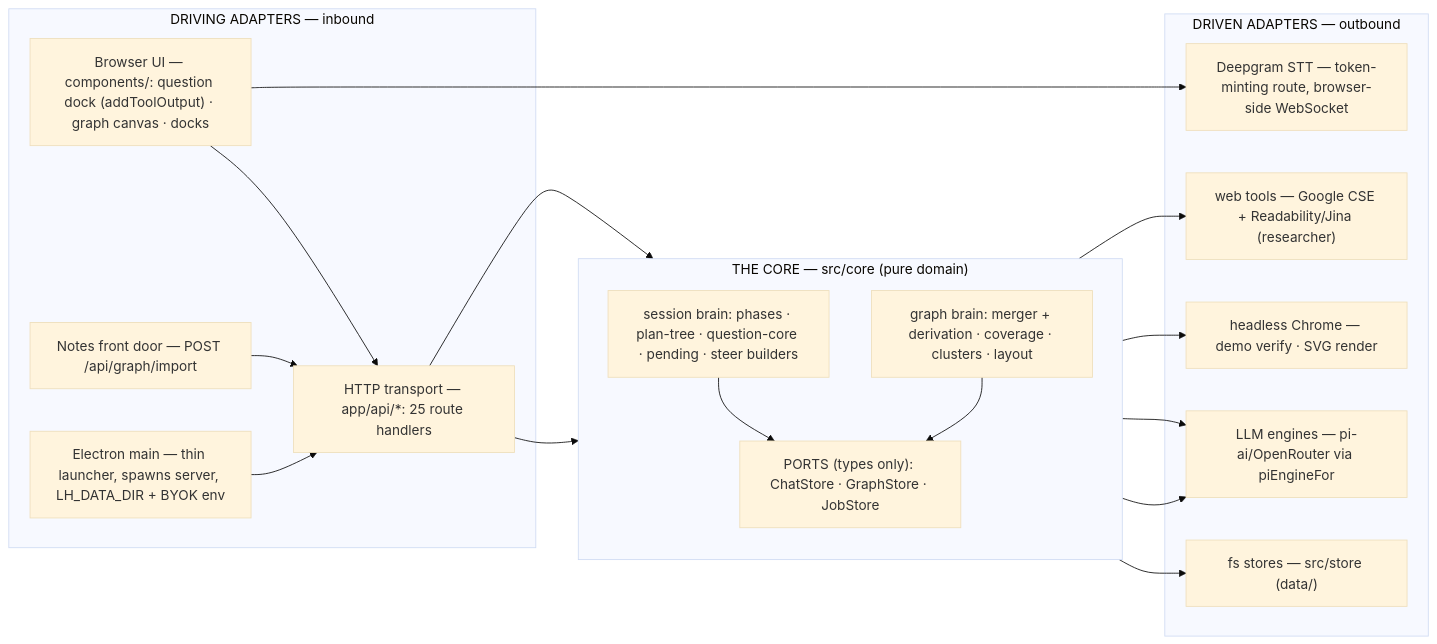
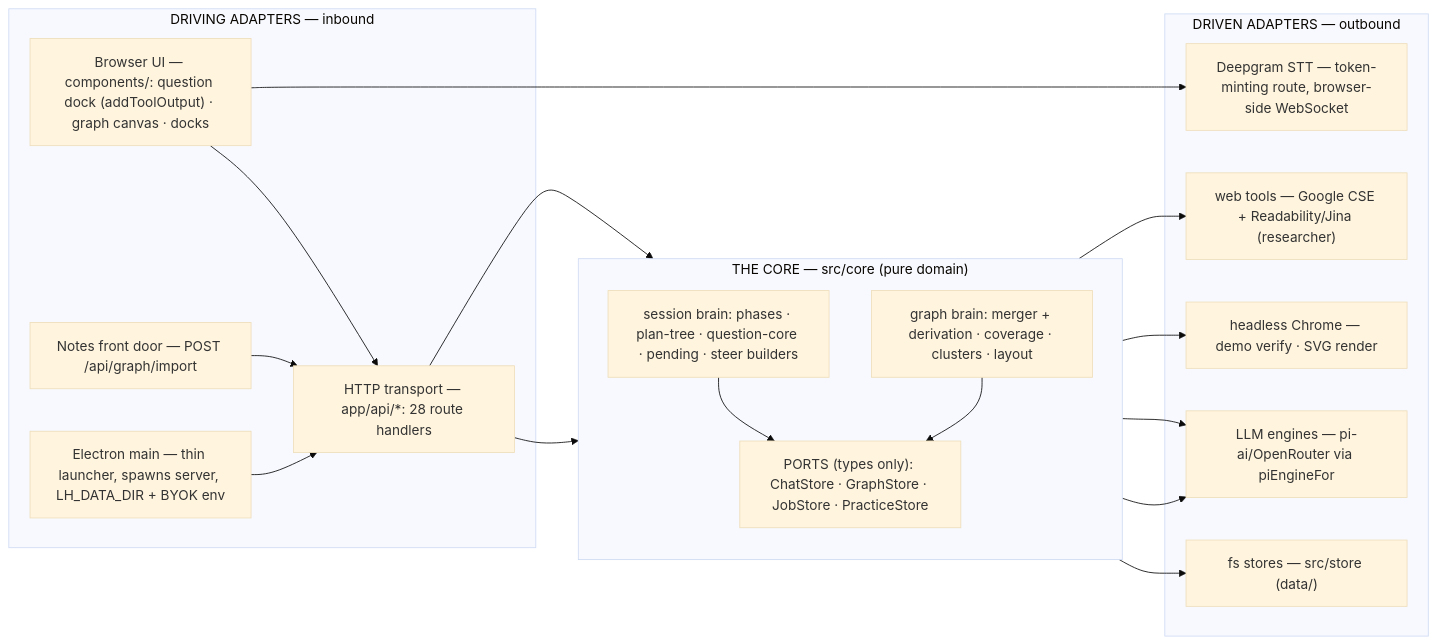
Before and after one commit to 0xCUB3/learnharness: the second of 7 diagrams in docs/architecture.md, drawn with Mermaid (base theme). The commit also changed other lines of this file and 1 other file, not shown here.

````diff
--- a/docs/architecture.md
+++ b/docs/architecture.md
@@ -169,38 +171,38 @@
 ```mermaid
 flowchart LR
     subgraph DRIVING["DRIVING ADAPTERS — inbound"]
         BROWSER["Browser UI — components/: question dock (addToolOutput) · graph canvas · docks"]
-        HTTP["HTTP transport — app/api/*: 25 route handlers"]
+        HTTP["HTTP transport — app/api/*: 28 route handlers"]
         NOTES["Notes front door — POST /api/graph/import"]
         ELEC["Electron main — thin launcher, spawns server, LH_DATA_DIR + BYOK env"]
     end
 
     subgraph HEXCORE["THE CORE — src/core (pure domain)"]
         direction TB
         SESS["session brain: phases · plan-tree · question-core · pending · steer builders"]
         GBRAIN["graph brain: merger + derivation · coverage · clusters · layout"]
-        PORTSBOX["PORTS (types only): ChatStore · GraphStore · JobStore"]
+        PORTSBOX["PORTS (types only): ChatStore · GraphStore · JobStore · PracticeStore"]
     end
 
     subgraph DRIVEN["DRIVEN ADAPTERS — outbound"]
         FS["fs stores — src/store (data/)"]
         LLM["LLM engines — pi-ai/OpenRouter via piEngineFor"]
         HEAD["headless Chrome — demo verify · SVG render"]
         DEEP["Deepgram STT — token-minting route, browser-side WebSocket"]
         WEB["web tools — Google CSE + Readability/Jina (researcher)"]
     end
 
     BROWSER --> HTTP
     NOTES --> HTTP
     ELEC --> HTTP
     HTTP --> SESS
     HTTP --> GBRAIN
     SESS --> PORTSBOX
     GBRAIN --> PORTSBOX
     PORTSBOX --> FS
     SESS --> LLM
     GBRAIN --> LLM
     SESS --> HEAD
     SESS --> WEB
     BROWSER --> DEEP
 ```
````
